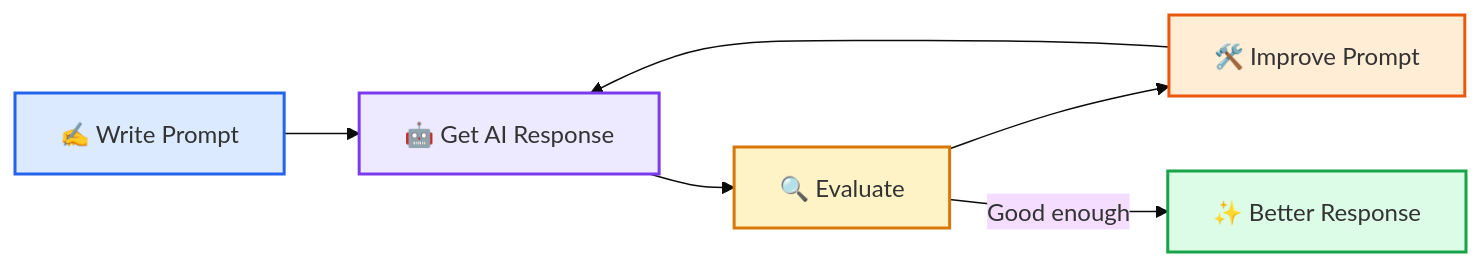
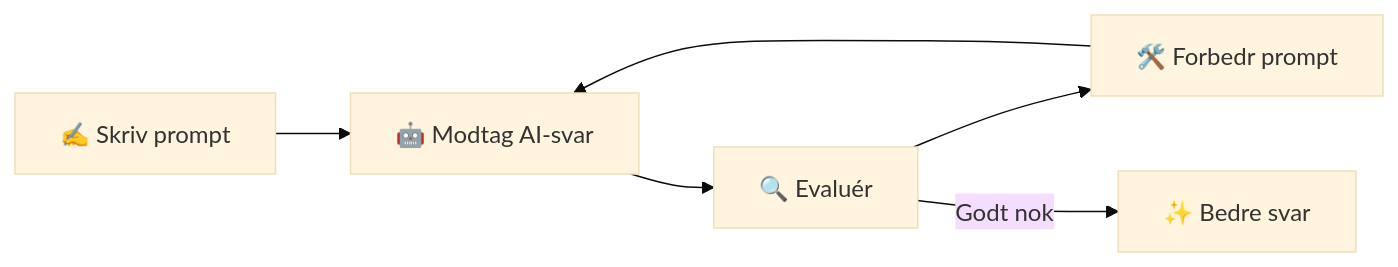
Before and after one commit to zk222ac001/Python-Programmering-med-AI-and-Agentic-Systems: the fifth of 6 diagrams in Ugeplan 3 - Store Sprogmodeller & Prompt Engineering/Artikler/What is Prompt Engineering.md, drawn with Mermaid (base theme). The commit also changed other lines of this file, not shown here.

Commit message:
Oversæt artikel om prompt engineering til dansk

````diff
--- a/Ugeplan 3 - Store Sprogmodeller & Prompt Engineering/Artikler/What is Prompt Engineering.md
+++ b/Ugeplan 3 - Store Sprogmodeller & Prompt Engineering/Artikler/What is Prompt Engineering.md
@@ -705,17 +649,8 @@
 ```mermaid
 flowchart LR
-    A["✍️ Write Prompt"]
-    B["🤖 Get AI Response"]
-    C["🔍 Evaluate"]
-    D["🛠️ Improve Prompt"]
-    E["✨ Better Response"]
-
-    A --> B --> C --> D --> B
-    C -->|"Good enough"| E
-
-    style A fill:#dbeafe,stroke:#2563eb,stroke-width:2px
-    style B fill:#ede9fe,stroke:#7c3aed,stroke-width:2px
-    style C fill:#fef3c7,stroke:#d97706,stroke-width:2px
-    style D fill:#ffedd5,stroke:#ea580c,stroke-width:2px
-    style E fill:#dcfce7,stroke:#16a34a,stroke-width:2px
+    A["✍️ Skriv prompt"] --> B["🤖 Modtag AI-svar"]
+    B --> C["🔍 Evaluér"]
+    C --> D["🛠️ Forbedr prompt"]
+    D --> B
+    C -->|"Godt nok"| E["✨ Bedre svar"]
 ```
````
